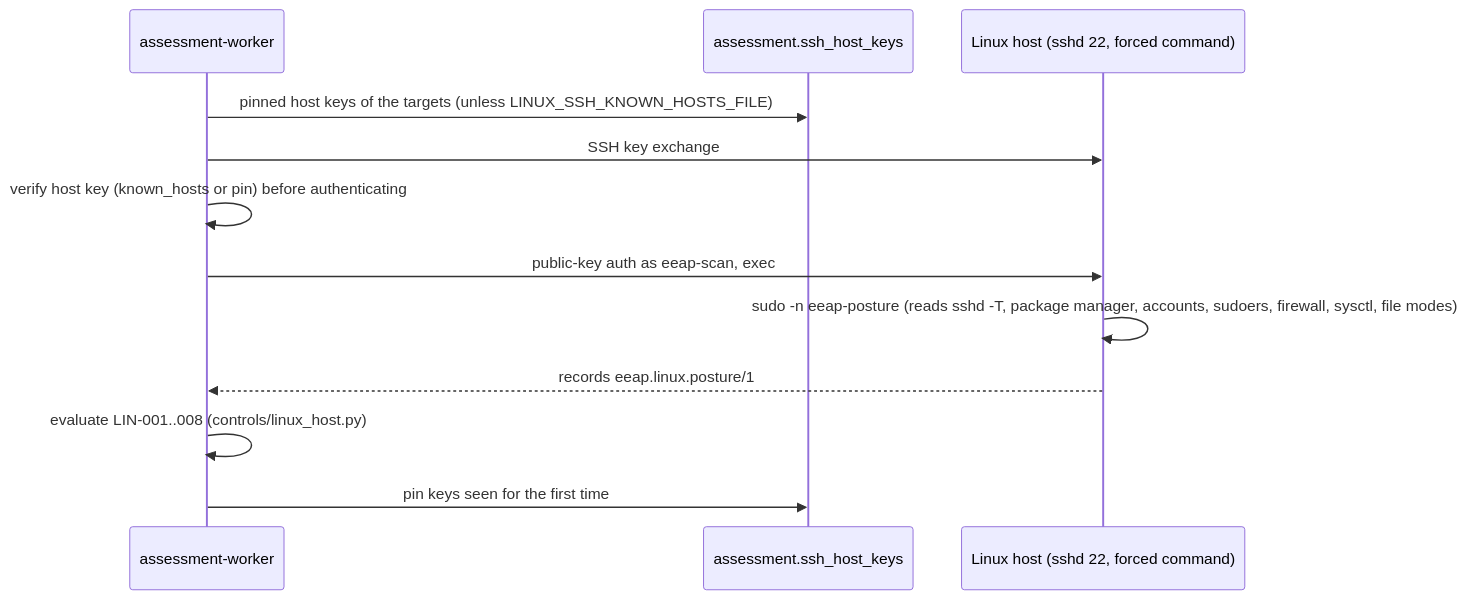
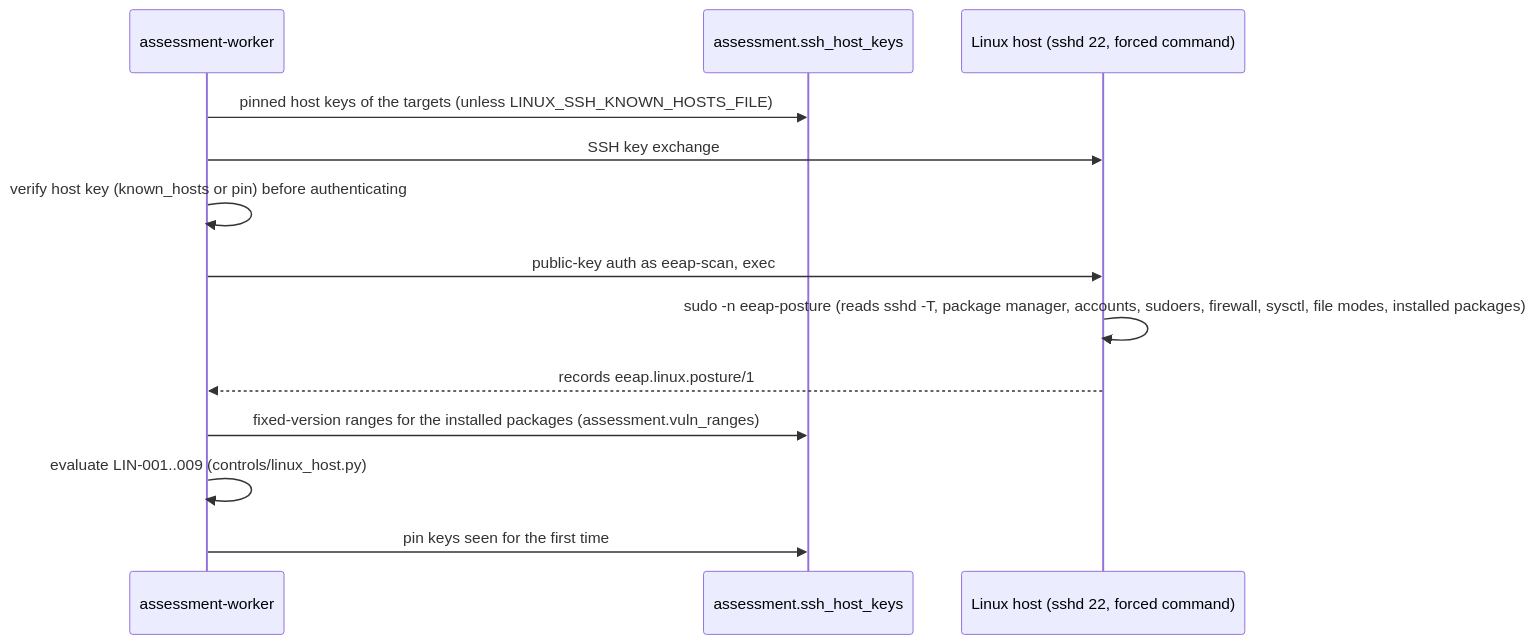
The diagram in eeap/docs/architecture/18-linux-ssh.md (berkepolat/InfraCopilot), drawn with Mermaid before and after one commit. The commit also changed other lines of this file and 30 other files, not shown here.

First line of the commit message:
Known vulnerable Linux packages from uploaded OSV data (LIN-009)

````diff
--- a/eeap/docs/architecture/18-linux-ssh.md
+++ b/eeap/docs/architecture/18-linux-ssh.md
@@ -10,14 +10,15 @@
 ```mermaid
 sequenceDiagram
     participant W as assessment-worker
     participant DB as assessment.ssh_host_keys
     participant H as Linux host (sshd 22, forced command)
     W->>DB: pinned host keys of the targets (unless LINUX_SSH_KNOWN_HOSTS_FILE)
     W->>H: SSH key exchange
     W->>W: verify host key (known_hosts or pin) before authenticating
     W->>H: public-key auth as eeap-scan, exec
-    H->>H: sudo -n eeap-posture (reads sshd -T, package manager, accounts, sudoers, firewall, sysctl, file modes)
+    H->>H: sudo -n eeap-posture (reads sshd -T, package manager, accounts, sudoers, firewall, sysctl, file modes, installed packages)
     H-->>W: records eeap.linux.posture/1
-    W->>W: evaluate LIN-001..008 (controls/linux_host.py)
+    W->>DB: fixed-version ranges for the installed packages (assessment.vuln_ranges)
+    W->>W: evaluate LIN-001..009 (controls/linux_host.py)
     W->>DB: pin keys seen for the first time
 ```
````
